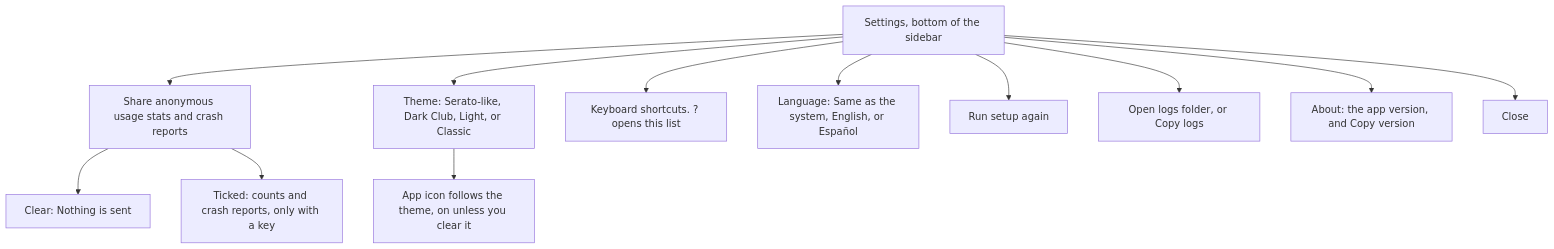
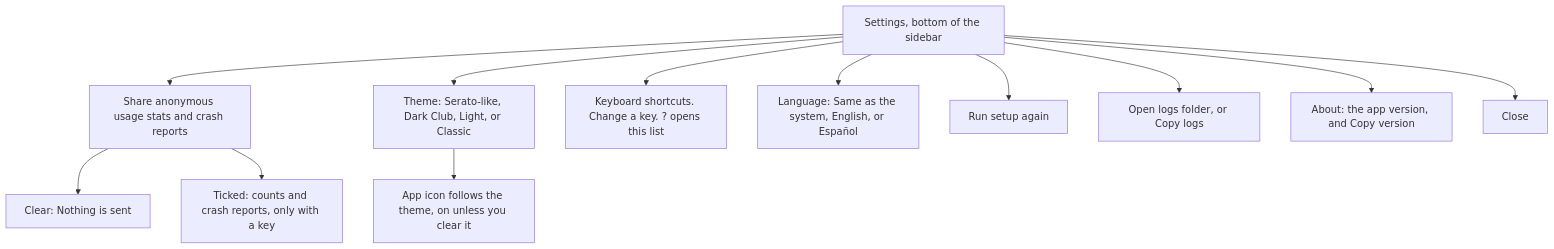
Before and after one commit to mookiejones/crateCraft: the diagram in docs/wiki/Settings.md, drawn with Mermaid. The commit also changed other lines of this file and 12 other files, not shown here.

````diff
--- a/docs/wiki/Settings.md
+++ b/docs/wiki/Settings.md
@@ -8,14 +8,14 @@
 ```mermaid
 flowchart TD
   rail["Settings, bottom of the sidebar"] --> box["Share anonymous usage stats and crash reports"]
   box --> off["Clear: Nothing is sent"]
   box --> on["Ticked: counts and crash reports, only with a key"]
   rail --> theme["Theme: Serato-like, Dark Club, Light, or Classic"]
   theme --> icon["App icon follows the theme, on unless you clear it"]
-  rail --> keys["Keyboard shortcuts. ? opens this list"]
+  rail --> keys["Keyboard shortcuts. Change a key. ? opens this list"]
   rail --> language["Language: Same as the system, English, or Español"]
   rail --> again["Run setup again"]
   rail --> logs["Open logs folder, or Copy logs"]
   rail --> about["About: the app version, and Copy version"]
   rail --> close["Close"]
 ```
````
